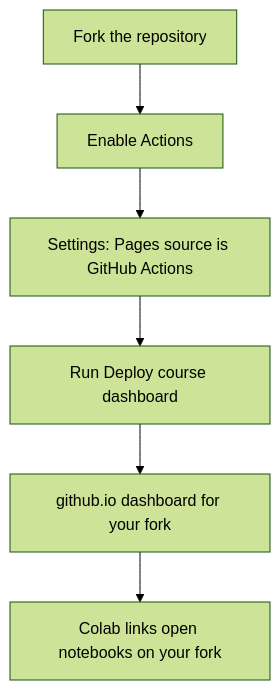
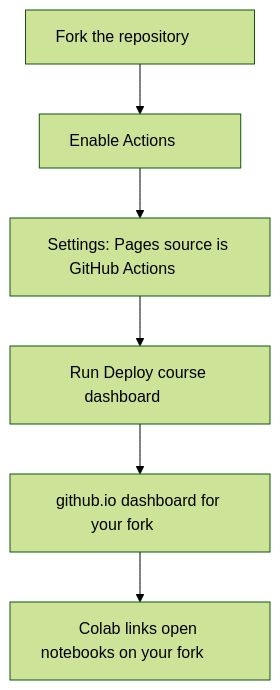
The fifth of 6 diagrams in README.md (ialimustufa/python-crash-course), drawn with Mermaid (forest theme) before and after one commit. The commit also changed other lines of this file and 10 other files, not shown here.

Commit message:
Stop Mermaid node labels from clipping the last character.

````diff
--- a/README.md
+++ b/README.md
@@ -122,8 +122,8 @@
 ```mermaid
 flowchart TB
-  forkRepo[Fork the repository] --> enableActions[Enable Actions]
-  enableActions --> enablePages["Settings: Pages source is GitHub Actions"]
-  enablePages --> deployDash[Run Deploy course dashboard]
-  deployDash --> yourSite["github.io dashboard for your fork"]
-  yourSite --> yourColab[Colab links open notebooks on your fork]
+  forkRepo["Fork the repository&nbsp;&nbsp;&nbsp;&nbsp;&nbsp;&nbsp;&nbsp;&nbsp;"] --> enableActions["Enable Actions&nbsp;&nbsp;&nbsp;&nbsp;&nbsp;&nbsp;&nbsp;&nbsp;"]
+  enableActions --> enablePages["Settings: Pages source is GitHub Actions&nbsp;&nbsp;&nbsp;&nbsp;&nbsp;&nbsp;&nbsp;&nbsp;"]
+  enablePages --> deployDash["Run Deploy course dashboard&nbsp;&nbsp;&nbsp;&nbsp;&nbsp;&nbsp;&nbsp;&nbsp;"]
+  deployDash --> yourSite["github.io dashboard for your fork&nbsp;&nbsp;&nbsp;&nbsp;&nbsp;&nbsp;&nbsp;&nbsp;"]
+  yourSite --> yourColab["Colab links open notebooks on your fork&nbsp;&nbsp;&nbsp;&nbsp;&nbsp;&nbsp;&nbsp;&nbsp;"]
 ```
````
